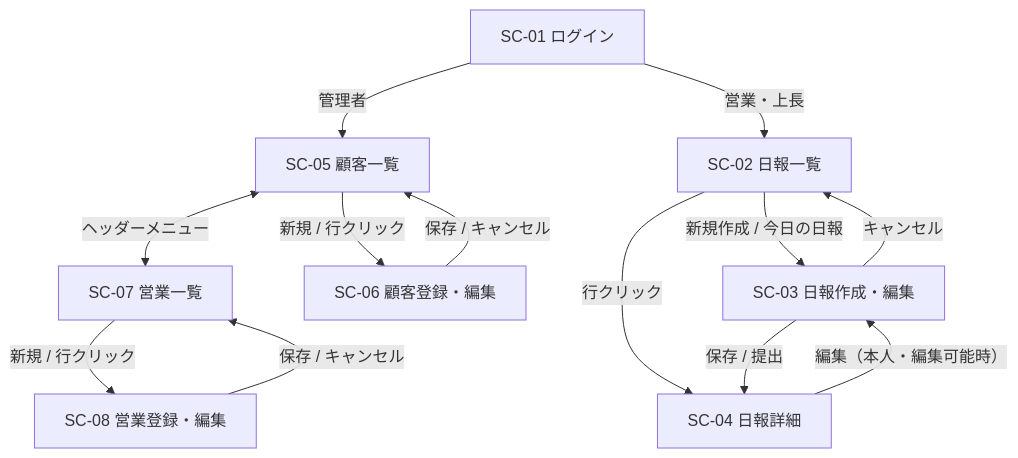
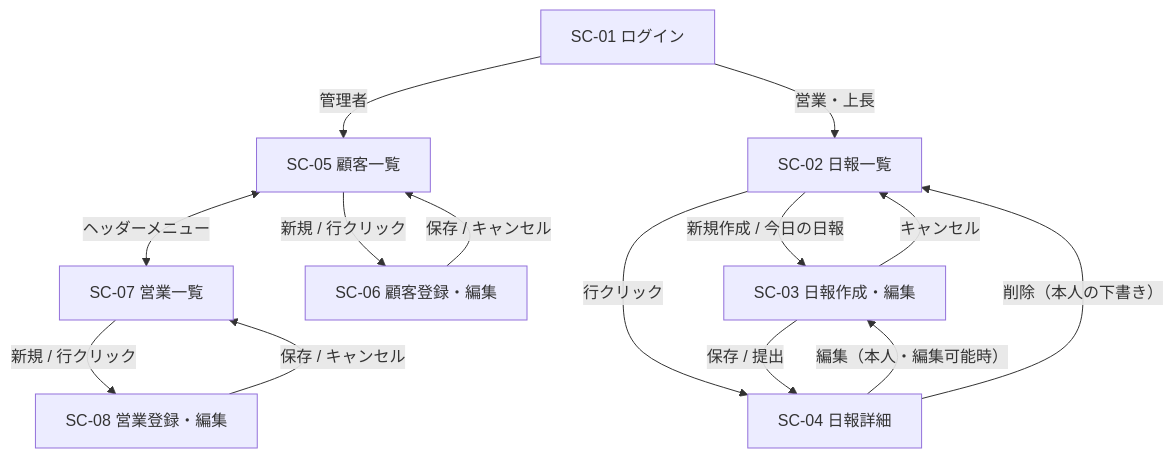
Before and after one commit to yukoku/nipo: the diagram in docs/screens.md, drawn with Mermaid. The commit also changed other lines of this file and 4 other files, not shown here.

````diff
--- a/docs/screens.md
+++ b/docs/screens.md
@@ -20,17 +20,18 @@
 ```mermaid
 flowchart TD
     SC01[SC-01 ログイン] -->|営業・上長| SC02[SC-02 日報一覧]
     SC01 -->|管理者| SC05[SC-05 顧客一覧]
 
     SC02 -->|新規作成 / 今日の日報| SC03[SC-03 日報作成・編集]
     SC02 -->|行クリック| SC04[SC-04 日報詳細]
     SC04 -->|編集（本人・編集可能時）| SC03
+    SC04 -->|削除（本人の下書き）| SC02
     SC03 -->|保存 / 提出| SC04
     SC03 -->|キャンセル| SC02
 
     SC05 -->|新規 / 行クリック| SC06[SC-06 顧客登録・編集]
     SC06 -->|保存 / キャンセル| SC05
     SC05 <-->|ヘッダーメニュー| SC07[SC-07 営業一覧]
     SC07 -->|新規 / 行クリック| SC08[SC-08 営業登録・編集]
     SC08 -->|保存 / キャンセル| SC07
 ```
````
